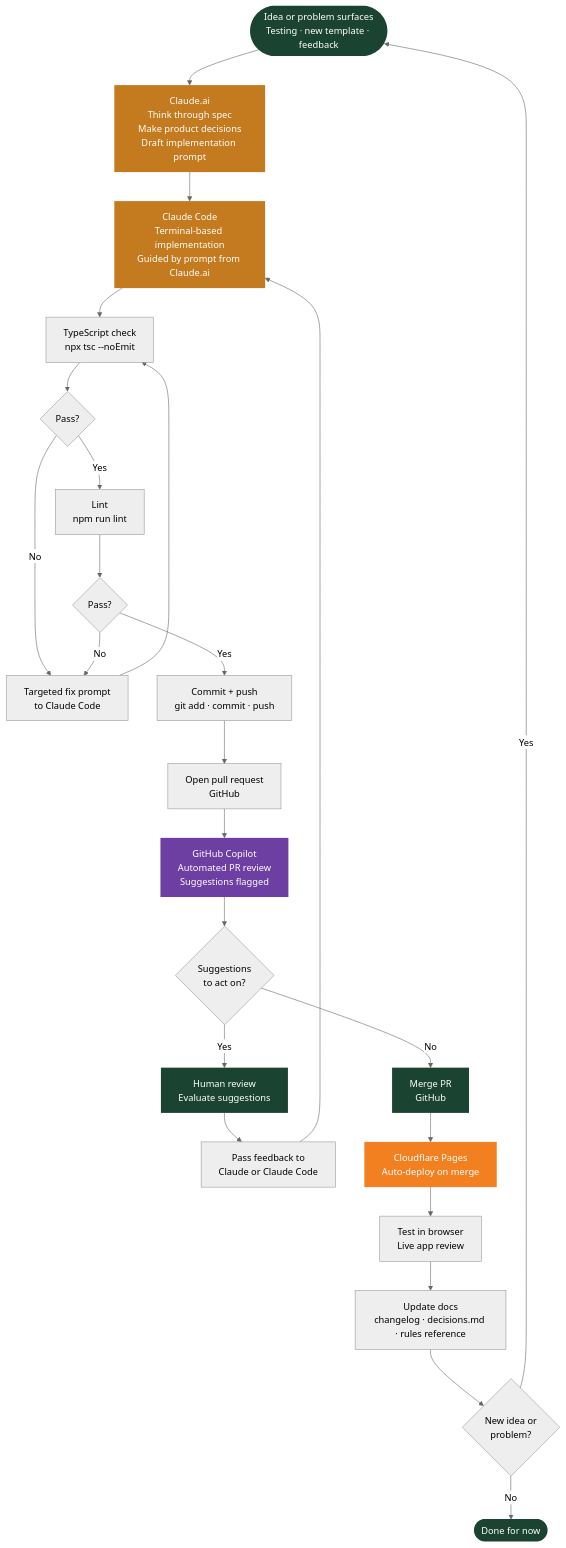
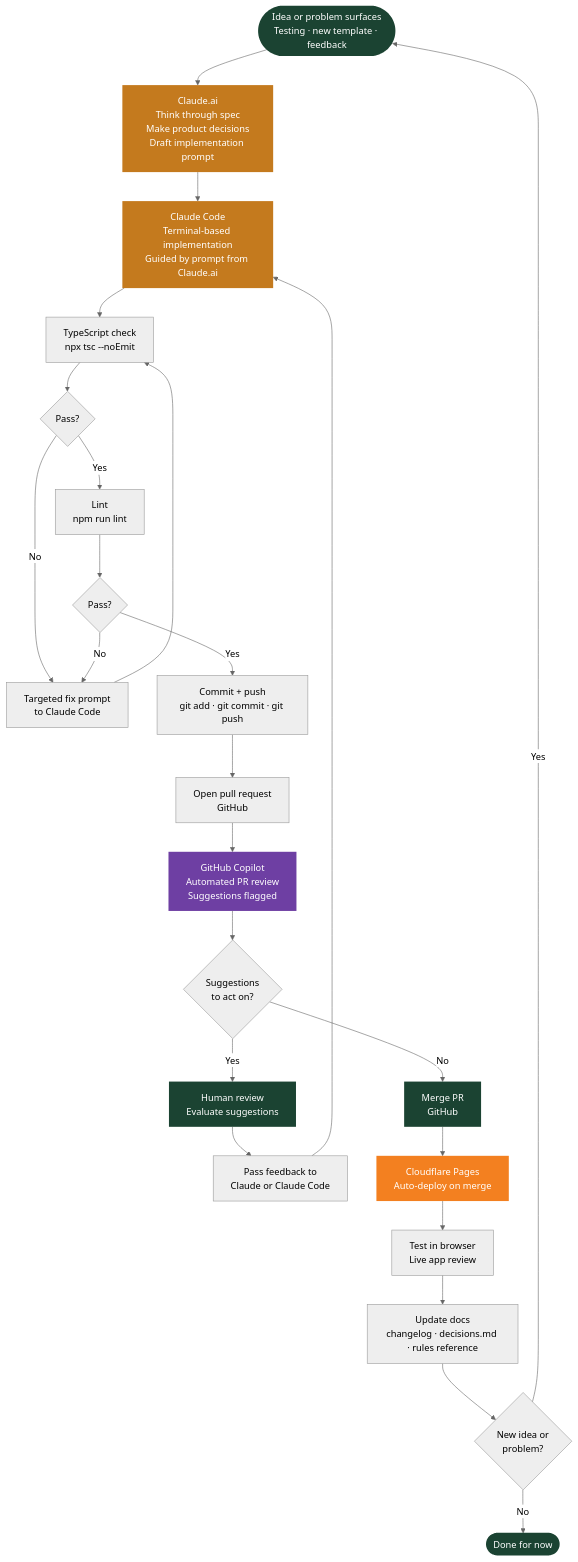
Before and after one commit to agilesix/nofo-design-prep-checker: the diagram in docs/dev-workflow.mermaid, drawn with Mermaid (neutral theme).

```diff
--- a/docs/dev-workflow.mermaid
+++ b/docs/dev-workflow.mermaid
@@ -1,46 +1,46 @@
 flowchart TD
     A([Idea or problem surfaces\nTesting · new template · feedback]) --> B
 
     B[Claude.ai\nThink through spec\nMake product decisions\nDraft implementation prompt]
 
     B --> C[Claude Code\nTerminal-based implementation\nGuided by prompt from Claude.ai]
 
     C --> D[TypeScript check\nnpx tsc --noEmit]
     D --> E{Pass?}
     E -- No --> F[Targeted fix prompt\nto Claude Code]
     F --> D
     E -- Yes --> G[Lint\nnpm run lint]
     G --> H{Pass?}
     H -- No --> F
-    H -- Yes --> I[Commit + push\ngit add · commit · push]
+    H -- Yes --> I[Commit + push\ngit add · git commit · git push]
 
     I --> J[Open pull request\nGitHub]
 
     J --> K[GitHub Copilot\nAutomated PR review\nSuggestions flagged]
 
     K --> L{Suggestions\nto act on?}
 
     L -- Yes --> M[Human review\nEvaluate suggestions]
     M --> N[Pass feedback to\nClaude or Claude Code]
     N --> C
 
     L -- No --> O[Merge PR\nGitHub]
 
     O --> P[Cloudflare Pages\nAuto-deploy on merge]
 
     P --> Q[Test in browser\nLive app review]
 
     Q --> R[Update docs\nchangelog · decisions.md · rules reference]
 
     R --> S{New idea or\nproblem?}
     S -- Yes --> A
     S -- No --> T([Done for now])
 
     style A fill:#1b4332,color:#fff,stroke:none
     style T fill:#1b4332,color:#fff,stroke:none
     style B fill:#c47a1e,color:#fff,stroke:none
     style C fill:#c47a1e,color:#fff,stroke:none
     style K fill:#6e3fa3,color:#fff,stroke:none
     style M fill:#1b4332,color:#fff,stroke:none
     style O fill:#1b4332,color:#fff,stroke:none
     style P fill:#f38020,color:#fff,stroke:none
```
